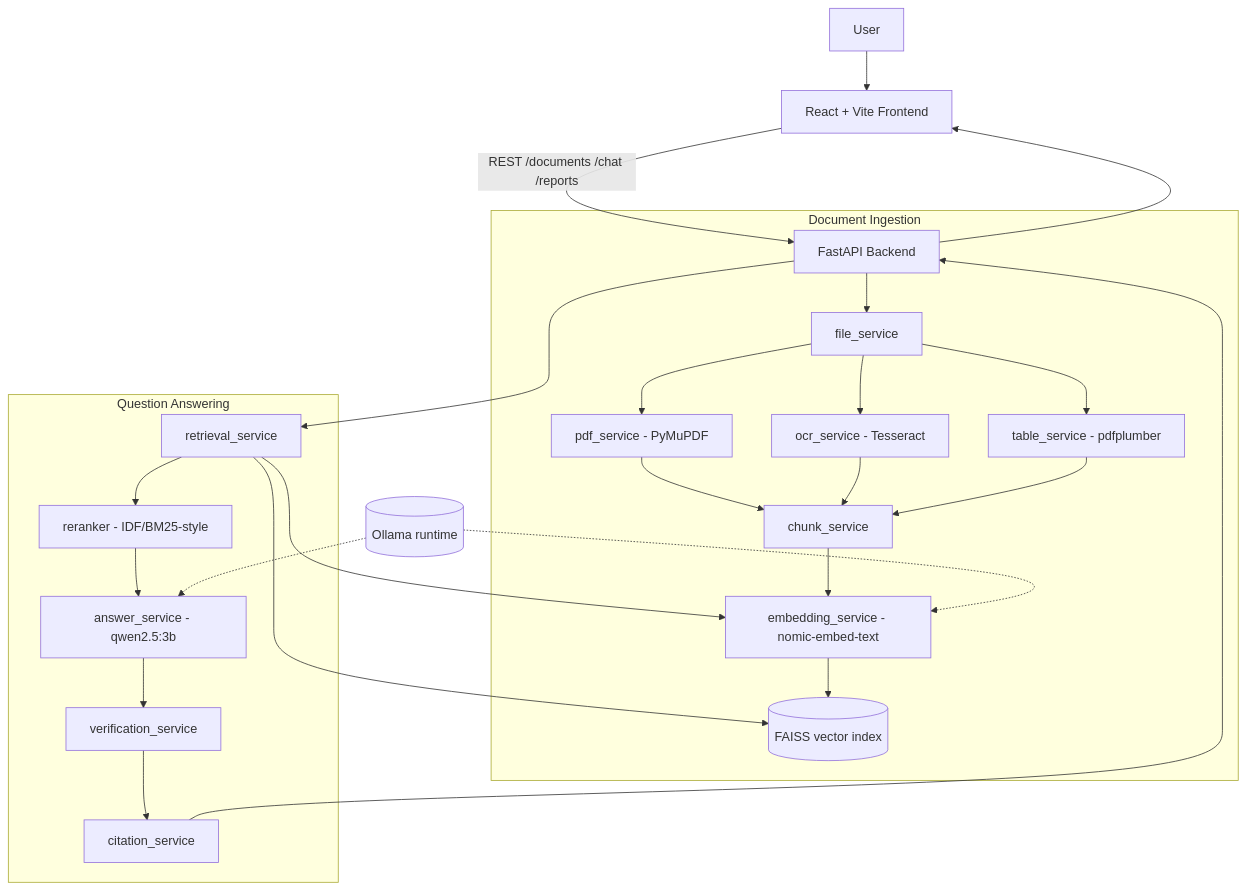
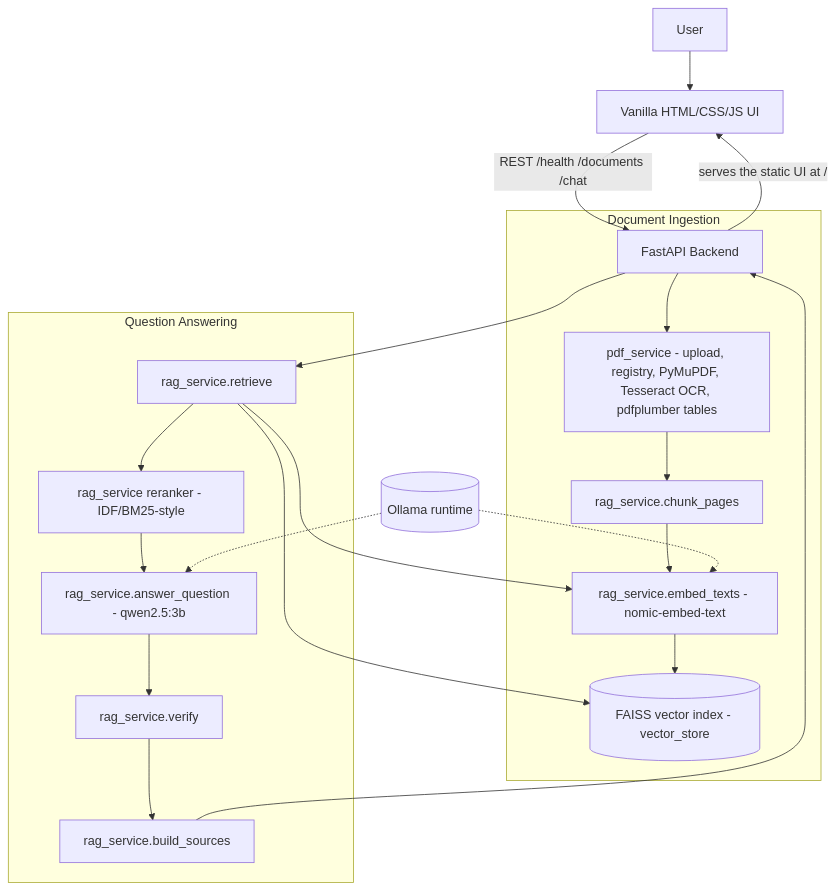
The diagram in README.md (abinash123hg/retrieval-augmented-vision-ai-assistant), drawn with Mermaid before and after one commit. The commit also changed other lines of this file and 103 other files, not shown here.

````diff
--- a/README.md
+++ b/README.md
@@ -80,32 +84,27 @@
 ```mermaid
 flowchart TD
-    U[User] --> FE[React + Vite Frontend]
-    FE -->|REST /documents /chat /reports| API[FastAPI Backend]
+    U[User] --> FE[Vanilla HTML/CSS/JS UI]
+    FE -->|REST /health /documents /chat| API[FastAPI Backend]
+    API -->|serves the static UI at /| FE
 
     subgraph Ingest[Document Ingestion]
-      API --> FS[file_service]
-      FS --> PS[pdf_service - PyMuPDF]
-      FS --> OCR[ocr_service - Tesseract]
-      FS --> TS[table_service - pdfplumber]
-      PS --> CS[chunk_service]
-      OCR --> CS
-      TS --> CS
-      CS --> EMB[embedding_service - nomic-embed-text]
-      EMB --> VS[(FAISS vector index)]
+      API --> PDF[pdf_service - upload, registry, PyMuPDF, Tesseract OCR, pdfplumber tables]
+      PDF --> CH[rag_service.chunk_pages]
+      CH --> EMB[rag_service.embed_texts - nomic-embed-text]
+      EMB --> VS[(FAISS vector index - vector_store)]
     end
 
     subgraph Query[Question Answering]
-      API --> RS[retrieval_service]
-      RS --> EMB
-      RS --> VS
-      RS --> RR[reranker - IDF/BM25-style]
-      RR --> AS[answer_service - qwen2.5:3b]
-      AS --> VER[verification_service]
-      VER --> CITE[citation_service]
+      API --> RET[rag_service.retrieve]
+      RET --> EMB
+      RET --> VS
+      RET --> RR[rag_service reranker - IDF/BM25-style]
+      RR --> ANS[rag_service.answer_question - qwen2.5:3b]
+      ANS --> VER[rag_service.verify]
+      VER --> CITE[rag_service.build_sources]
       CITE --> API
     end
 
-    API --> FE
     OLL[(Ollama runtime)] -.-> EMB
-    OLL -.-> AS
+    OLL -.-> ANS
 ```
````
